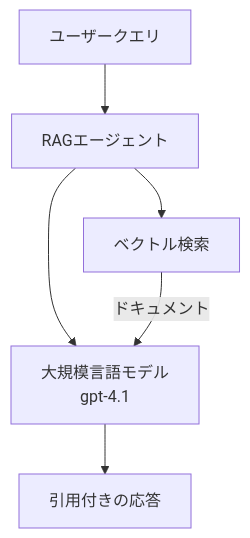
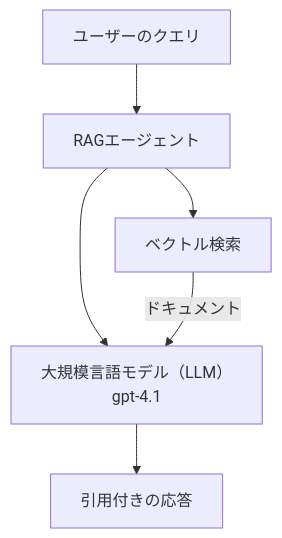
Before and after one commit to microsoft/AZD-for-beginners: the second of 3 diagrams in translations/ja/docs/chapter-02-ai-development/agents.md, drawn with Mermaid. The commit also changed other lines of this file and 104 other files, not shown here.

````diff
--- a/translations/ja/docs/chapter-02-ai-development/agents.md
+++ b/translations/ja/docs/chapter-02-ai-development/agents.md
@@ -175,8 +181,8 @@
 ```mermaid
 graph TD
-    Query[ユーザークエリ] --> RAG[RAGエージェント]
+    Query[ユーザーのクエリ] --> RAG[RAGエージェント]
     RAG --> Vector[ベクトル検索]
-    RAG --> LLM[大規模言語モデル<br/>gpt-4.1]
+    RAG --> LLM[大規模言語モデル（LLM）<br/>gpt-4.1]
     Vector -- ドキュメント --> LLM
     LLM --> Response[引用付きの応答]
 ```
````
